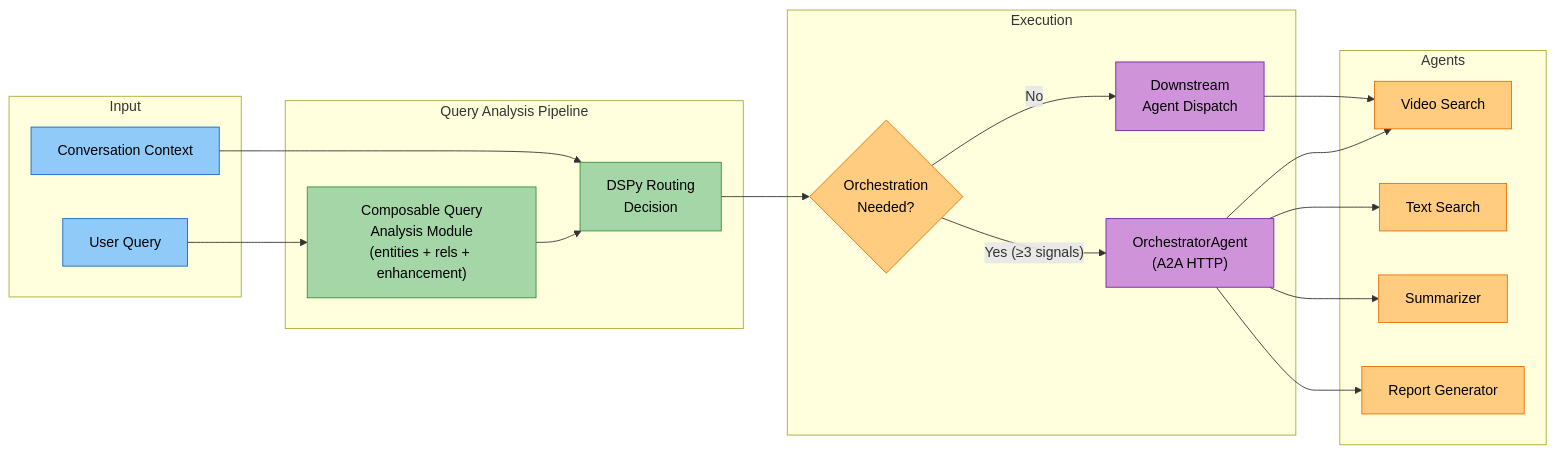
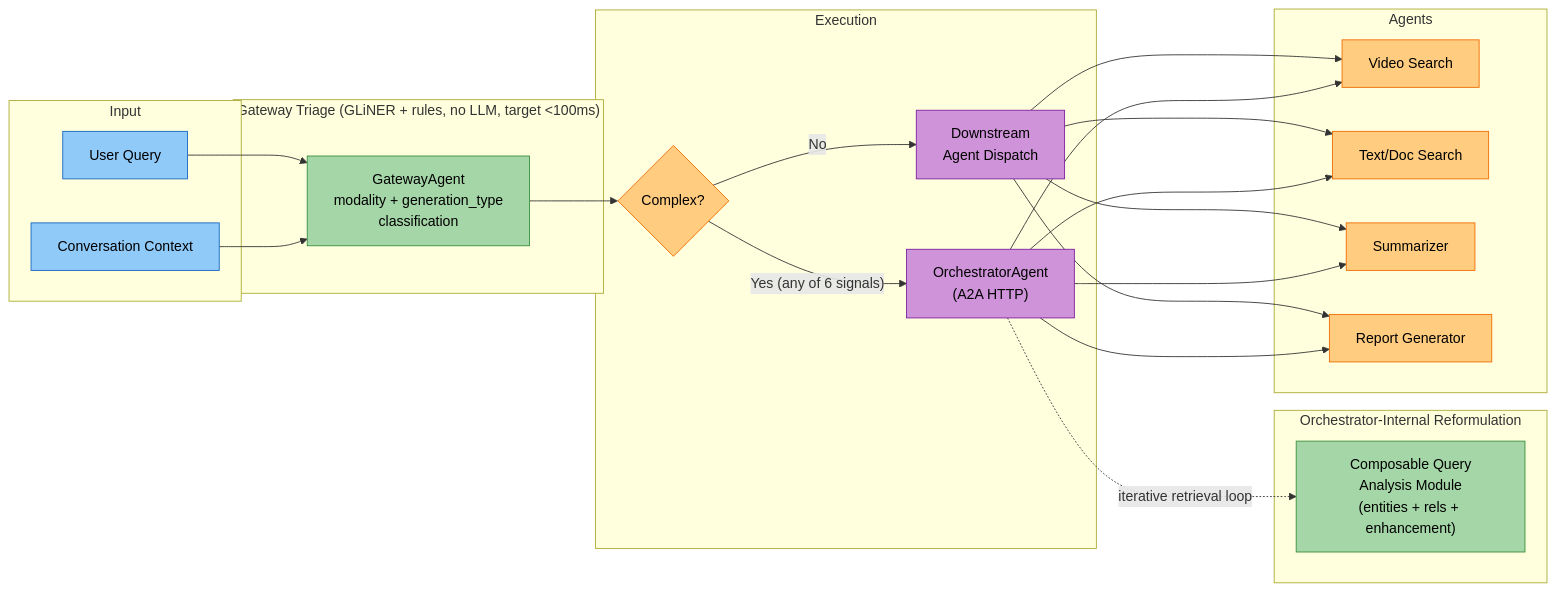
One commit to amit-jain/cogniverse changed the first of 5 diagrams in docs/architecture/intelligent-query-routing.md. Above: the diagram before and after it, drawn with Mermaid. The commit also changed other lines of this file and 7 other files, not shown here.

First line of the commit message:
Document all 23 agents and convert diagrams to mermaid

````diff
--- a/docs/architecture/intelligent-query-routing.md
+++ b/docs/architecture/intelligent-query-routing.md
@@ -19,44 +21,48 @@
 ```mermaid
 graph LR
     subgraph Input
         Q["<span style='color:#000'>User Query</span>"]
         CTX["<span style='color:#000'>Conversation Context</span>"]
     end
 
-    subgraph "Query Analysis Pipeline"
-        CQA["<span style='color:#000'>Composable Query<br/>Analysis Module<br/>(entities + rels + enhancement)</span>"]
-        DSPy["<span style='color:#000'>DSPy Routing<br/>Decision</span>"]
+    subgraph "Gateway Triage (GLiNER + rules, no LLM, target &lt;100ms)"
+        GW["<span style='color:#000'>GatewayAgent<br/>modality + generation_type<br/>classification</span>"]
     end
 
     subgraph "Execution"
-        OD{"<span style='color:#000'>Orchestration<br/>Needed?</span>"}
+        OD{"<span style='color:#000'>Complex?</span>"}
         DDA["<span style='color:#000'>Downstream<br/>Agent Dispatch</span>"]
         MAO["<span style='color:#000'>OrchestratorAgent<br/>(A2A HTTP)</span>"]
     end
 
+    subgraph "Orchestrator-Internal Reformulation"
+        CQA["<span style='color:#000'>Composable Query<br/>Analysis Module<br/>(entities + rels + enhancement)</span>"]
+    end
+
     subgraph "Agents"
         VS["<span style='color:#000'>Video Search</span>"]
-        TS["<span style='color:#000'>Text Search</span>"]
+        TS["<span style='color:#000'>Text/Doc Search</span>"]
         SUM["<span style='color:#000'>Summarizer</span>"]
         RPT["<span style='color:#000'>Report Generator</span>"]
     end
 
-    Q --> CQA
-    CTX --> DSPy
-    CQA --> DSPy --> OD
-    OD -- "No" --> DDA --> VS
-    OD -- "Yes (≥3 signals)" --> MAO
+    Q --> GW
+    CTX --> GW
+    GW --> OD
+    OD -- "No" --> DDA --> VS & TS & SUM & RPT
+    OD -- "Yes (any of 6 signals)" --> MAO
+    MAO -.->|"iterative retrieval loop"| CQA
     MAO --> VS & TS & SUM & RPT
 
     style Q fill:#90caf9,stroke:#1565c0,color:#000
     style CTX fill:#90caf9,stroke:#1565c0,color:#000
+    style GW fill:#a5d6a7,stroke:#388e3c,color:#000
     style CQA fill:#a5d6a7,stroke:#388e3c,color:#000
-    style DSPy fill:#a5d6a7,stroke:#388e3c,color:#000
     style OD fill:#ffcc80,stroke:#ef6c00,color:#000
     style DDA fill:#ce93d8,stroke:#7b1fa2,color:#000
     style MAO fill:#ce93d8,stroke:#7b1fa2,color:#000
     style VS fill:#ffcc80,stroke:#ef6c00,color:#000
     style TS fill:#ffcc80,stroke:#ef6c00,color:#000
     style SUM fill:#ffcc80,stroke:#ef6c00,color:#000
     style RPT fill:#ffcc80,stroke:#ef6c00,color:#000
 ```
````
